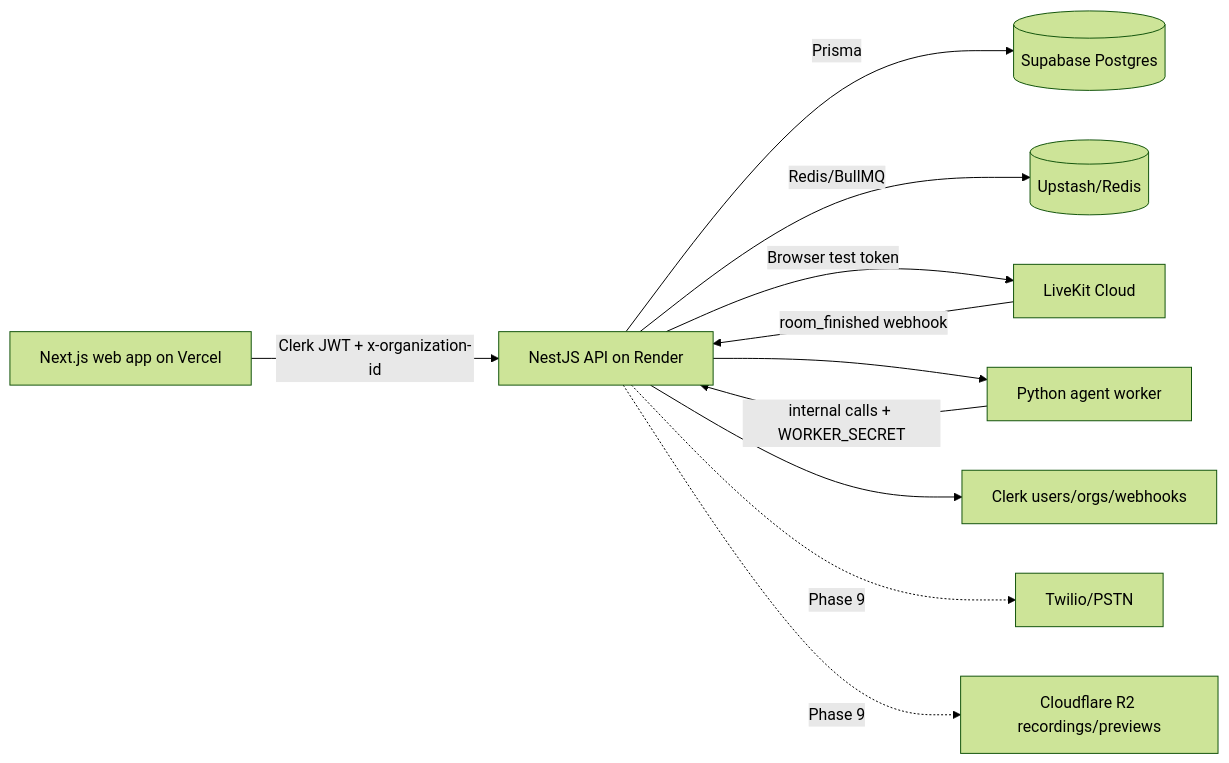
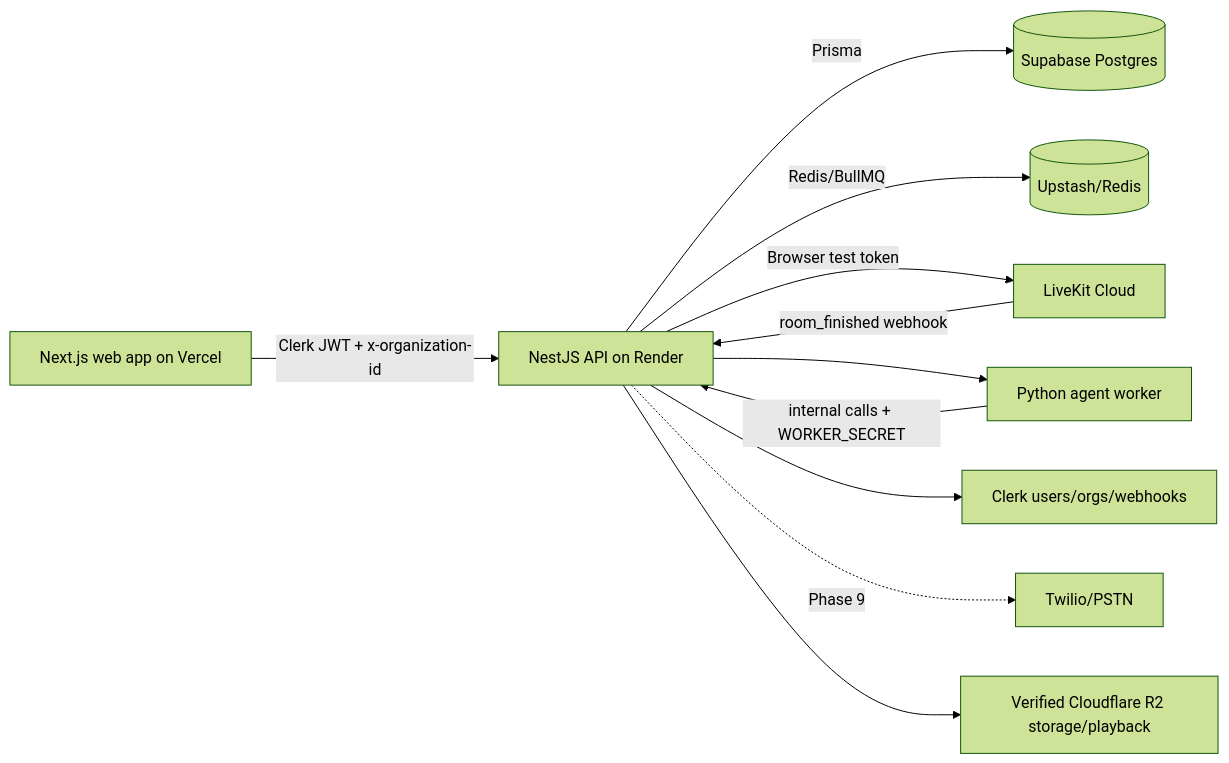
Before and after one commit to mehlab1/Awaaz-Platform-V1: the diagram in README.md, drawn with Mermaid (forest theme). The commit also changed other lines of this file and 10 other files, not shown here.

Commit message:
Add QualiCall dashboard integration and complete Cloudflare R2 playback verification

````diff
--- a/README.md
+++ b/README.md
@@ -9,13 +9,13 @@
 ```mermaid
 flowchart LR
   Web[Next.js web app on Vercel] -->|Clerk JWT + x-organization-id| API[NestJS API on Render]
   API -->|Prisma| DB[(Supabase Postgres)]
   API -->|Redis/BullMQ| Redis[(Upstash/Redis)]
   API -->|Browser test token| LiveKit[LiveKit Cloud]
   LiveKit -->|room_finished webhook| API
   API --> Worker[Python agent worker]
   Worker -->|internal calls + WORKER_SECRET| API
   API --> Clerk[Clerk users/orgs/webhooks]
   API -. Phase 9 .-> Twilio[Twilio/PSTN]
-  API -. Phase 9 .-> R2[Cloudflare R2 recordings/previews]
+  API --> R2[Verified Cloudflare R2 storage/playback]
 ```
````
